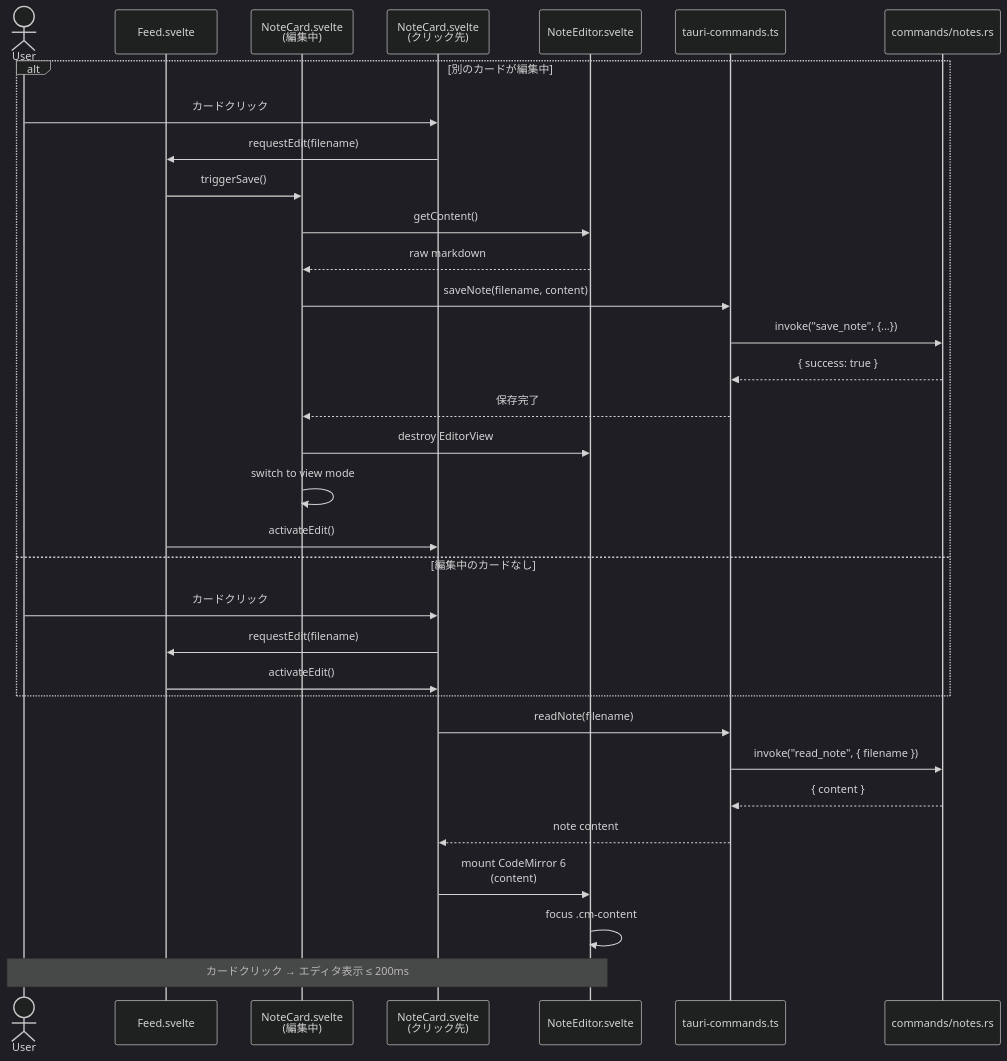
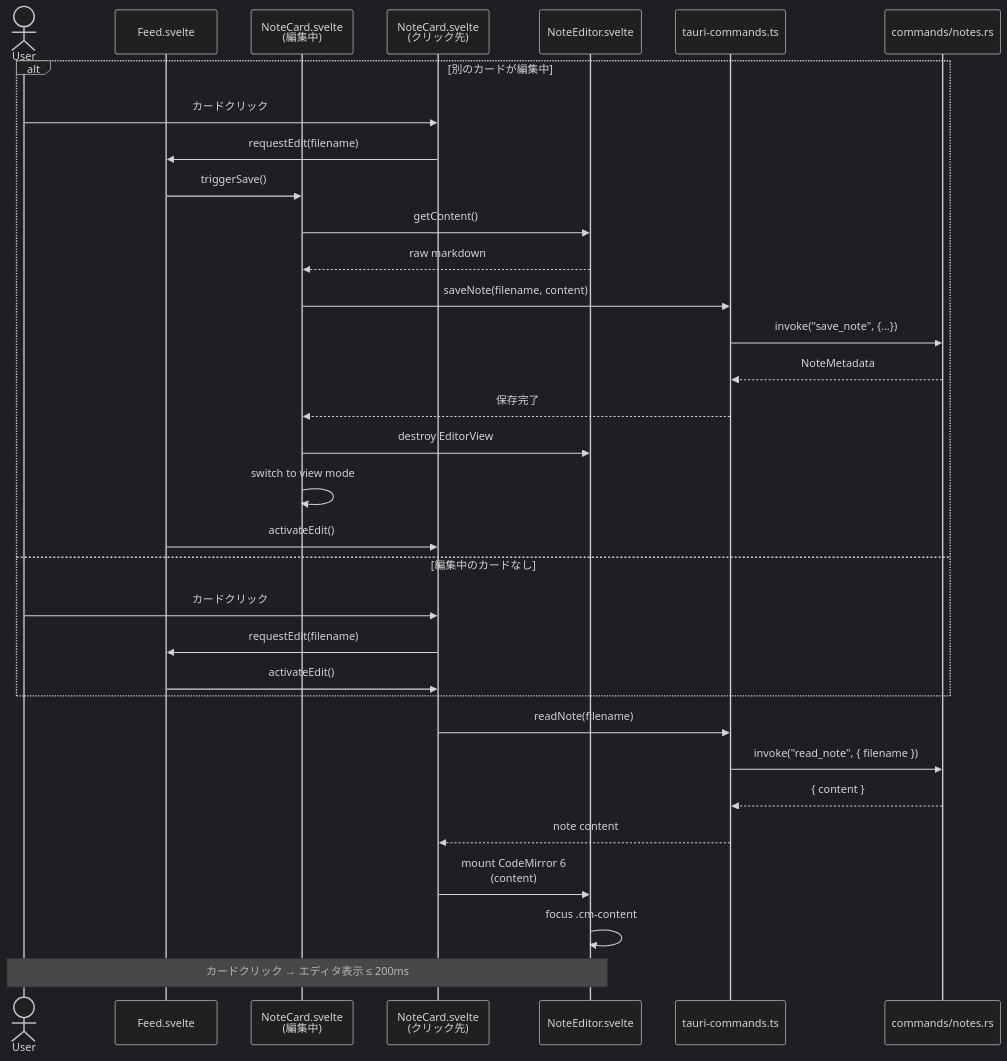
Before and after one commit to dev-komenzar/prompt-notes: the fourth of 5 diagrams in docs/detailed_design/feed_search_design.md, drawn with Mermaid (dark theme). The commit also changed other lines of this file and 8 other files, not shown here.

````diff
--- a/docs/detailed_design/feed_search_design.md
+++ b/docs/detailed_design/feed_search_design.md
@@ -300,38 +303,38 @@
 ```mermaid
 sequenceDiagram
     actor User
     participant FD as Feed.svelte
     participant NC_OLD as NoteCard.svelte<br/>(編集中)
     participant NC_NEW as NoteCard.svelte<br/>(クリック先)
     participant NE as NoteEditor.svelte
     participant TC as tauri-commands.ts
     participant CMD as commands/notes.rs
 
     alt 別のカードが編集中
         User->>NC_NEW: カードクリック
         NC_NEW->>FD: requestEdit(filename)
         FD->>NC_OLD: triggerSave()
         NC_OLD->>NE: getContent()
         NE-->>NC_OLD: raw markdown
         NC_OLD->>TC: saveNote(filename, content)
         TC->>CMD: invoke("save_note", {...})
-        CMD-->>TC: { success: true }
+        CMD-->>TC: NoteMetadata
         TC-->>NC_OLD: 保存完了
         NC_OLD->>NE: destroy EditorView
         NC_OLD->>NC_OLD: switch to view mode
         FD->>NC_NEW: activateEdit()
     else 編集中のカードなし
         User->>NC_NEW: カードクリック
         NC_NEW->>FD: requestEdit(filename)
         FD->>NC_NEW: activateEdit()
     end
 
     NC_NEW->>TC: readNote(filename)
     TC->>CMD: invoke("read_note", { filename })
     CMD-->>TC: { content }
     TC-->>NC_NEW: note content
     NC_NEW->>NE: mount CodeMirror 6<br/>(content)
     NE->>NE: focus .cm-content
 
     Note over User,NE: カードクリック → エディタ表示 ≤ 200ms
 ```
````
